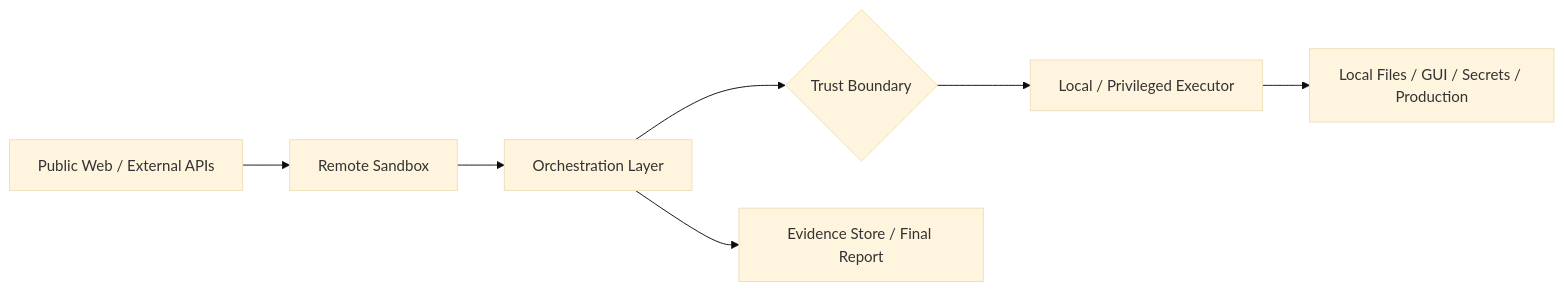
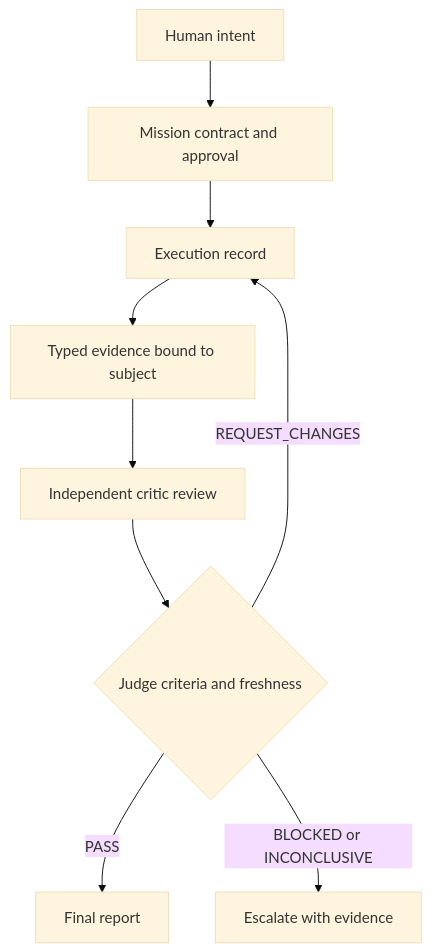
Before and after one commit to KzeroM/evidence-gated-multi-agent-operations: the second of 2 diagrams in README.md, drawn with Mermaid (base theme). The commit also changed other lines of this file and 41 other files, not shown here.

````diff
--- a/README.md
+++ b/README.md
@@ -230,9 +89,11 @@
 ```mermaid
-flowchart LR
-    A[Public Web / External APIs] --> B[Remote Sandbox]
-    B --> C[Orchestration Layer]
-    C --> D{Trust Boundary}
-    D --> E[Local / Privileged Executor]
-    E --> F[Local Files / GUI / Secrets / Production]
-    C --> G[Evidence Store / Final Report]
+flowchart TD
+    A[Human intent] --> B[Mission contract and approval]
+    B --> C[Execution record]
+    C --> D[Typed evidence bound to subject]
+    D --> E[Independent critic review]
+    E --> F{Judge criteria and freshness}
+    F -->|PASS| G[Final report]
+    F -->|REQUEST_CHANGES| C
+    F -->|BLOCKED or INCONCLUSIVE| H[Escalate with evidence]
 ```
````
